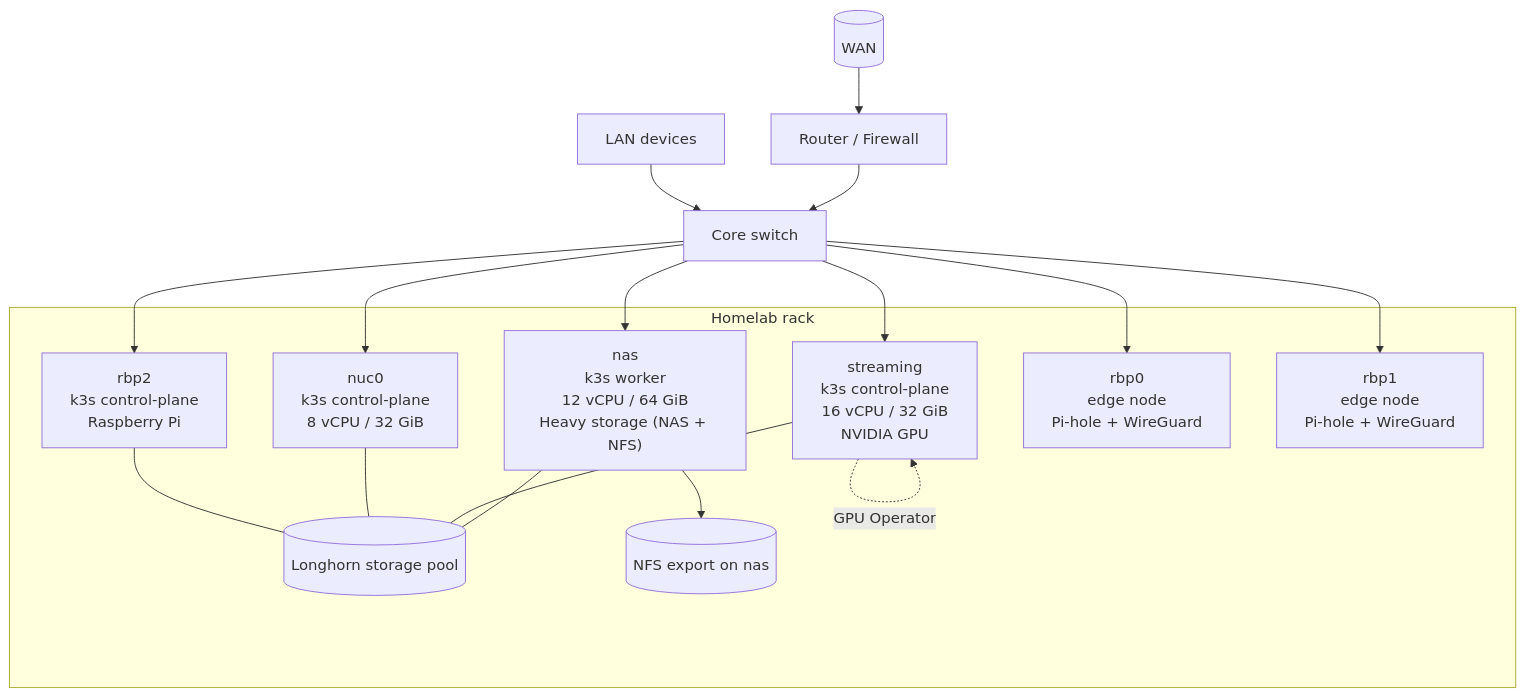
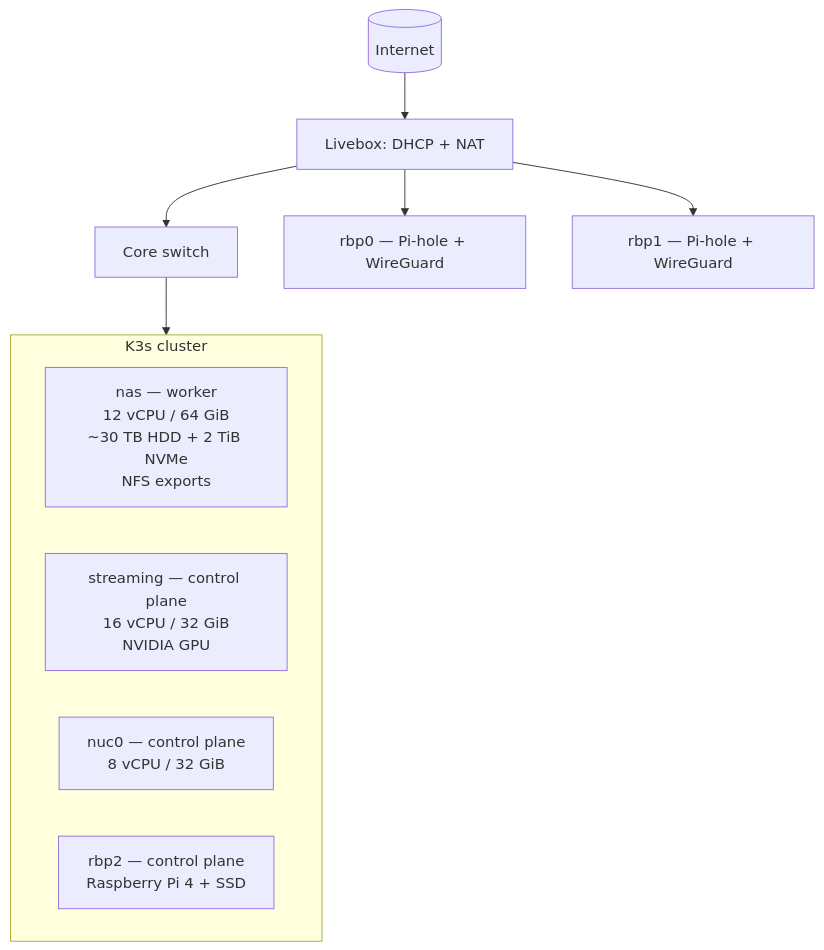
The second of 2 diagrams in README.md (vyrtualsynthese/homelab), drawn with Mermaid before and after one commit. The commit also changed other lines of this file and 10 other files, not shown here.

````diff
--- a/README.md
+++ b/README.md
@@ -27,33 +41,14 @@
 ```mermaid
 flowchart TB
-  Internet[(WAN)]
-  Firewall[Router / Firewall]
-  Switch[Core switch]
-  LanUsers[LAN devices]
-
-  subgraph Rack["Homelab rack"]
-    Nas["nas\nk3s worker\n12 vCPU / 64 GiB\nHeavy storage (NAS + NFS)"]
-    Streaming["streaming\nk3s control-plane\n16 vCPU / 32 GiB\nNVIDIA GPU"]
-    Nuc0["nuc0\nk3s control-plane\n8 vCPU / 32 GiB"]
-    Rbp2["rbp2\nk3s control-plane\nRaspberry Pi"]
-    Rbp0["rbp0\nedge node\nPi-hole + WireGuard"]
-    Rbp1["rbp1\nedge node\nPi-hole + WireGuard"]
-    Longhorn[(Longhorn storage pool)]
-    NFS[(NFS export on nas)]
+  WAN[(Internet)] --> Router[Livebox: DHCP + NAT]
+  Router --> Switch[Core switch]
+  subgraph Cluster["K3s cluster"]
+    Nas["nas — worker<br/>12 vCPU / 64 GiB<br/>~30 TB HDD + 2 TiB NVMe<br/>NFS exports"]
+    Str["streaming — control plane<br/>16 vCPU / 32 GiB<br/>NVIDIA GPU"]
+    Nuc["nuc0 — control plane<br/>8 vCPU / 32 GiB"]
+    Rbp2["rbp2 — control plane<br/>Raspberry Pi 4 + SSD"]
   end
-
-  Internet --> Firewall --> Switch
-  LanUsers --> Switch
-  Switch --> Nas
-  Switch --> Streaming
-  Switch --> Nuc0
-  Switch --> Rbp2
-  Switch --> Rbp0
-  Switch --> Rbp1
-  Nas --- Longhorn
-  Streaming --- Longhorn
-  Nuc0 --- Longhorn
-  Rbp2 --- Longhorn
-  Nas --> NFS
-  Streaming -. GPU Operator .-> Streaming
+  Router --> Rbp0["rbp0 — Pi-hole + WireGuard"]
+  Router --> Rbp1["rbp1 — Pi-hole + WireGuard"]
+  Switch --> Cluster
 ```
````
